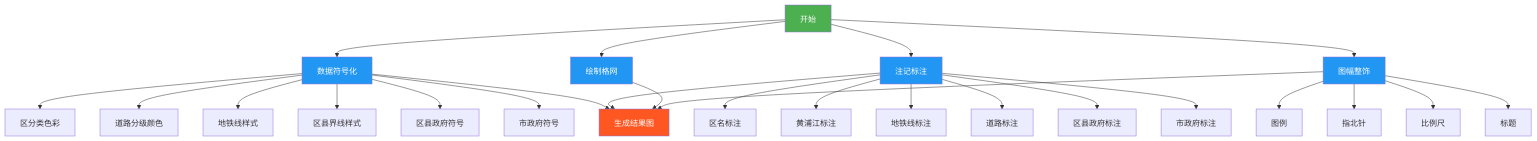
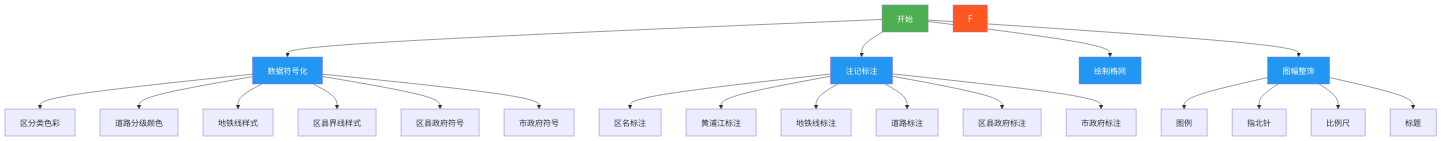
The diagram in all/未命名.md (newguser/iodraw-files), drawn with Mermaid before and after one commit.

Commit message:
2025-02-27 10:38:45 update

````diff
--- a/all/未命名.md
+++ b/all/未命名.md
@@ -1,36 +1,31 @@
 ```mermaid
 graph TD
     A[开始] --> B[数据符号化]
     B --> B1[区分类色彩]
     B --> B2[道路分级颜色]
     B --> B3[地铁线样式]
     B --> B4[区县界线样式]
     B --> B5[区县政府符号]
     B --> B6[市政府符号]
 
     A --> C[注记标注]
     C --> C1[区名标注]
     C --> C2[黄浦江标注]
     C --> C3[地铁线标注]
     C --> C4[道路标注]
     C --> C5[区县政府标注]
     C --> C6[市政府标注]
 
     A --> D[绘制格网]
     A --> E[图幅整饰]
     E --> E1[图例]
     E --> E2[指北针]
     E --> E3[比例尺]
     E --> E4[标题]
 
-    %% 生成结果图由B,C,D,E引出
-    B --> F[生成结果图]
-    C --> F
-    D --> F
-    E --> F
 
     style A fill:#4CAF50,color:white
     style F fill:#FF5722,color:white
     classDef process fill:#2196F3,color:white;
     class B,C,D,E process
 ```
````
